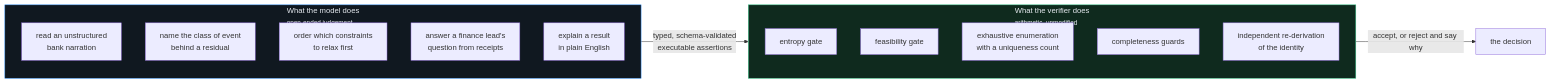
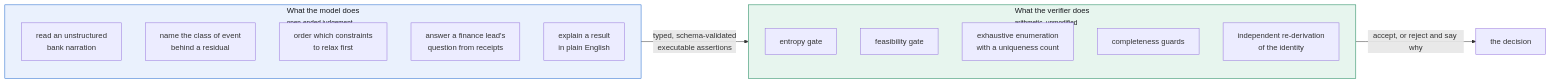
One commit to Rishi0507/Manhattan changed the second of 6 diagrams in README.md. Above: the diagram before and after it, drawn with Mermaid. The commit also changed other lines of this file and 13 other files, not shown here.

````diff
--- a/README.md
+++ b/README.md
@@ -151,26 +151,26 @@
 ```mermaid
 flowchart LR
     subgraph M["What the model does<br/><small>open-ended judgement</small>"]
         direction TB
         M1["read an unstructured<br/>bank narration"]
         M2["name the class of event<br/>behind a residual"]
         M3["order which constraints<br/>to relax first"]
         M4["answer a finance lead's<br/>question from receipts"]
         M5["explain a result<br/>in plain English"]
     end
 
     subgraph V["What the verifier does<br/><small>arithmetic, unmodified</small>"]
         direction TB
         V1["entropy gate"]
         V2["feasibility gate"]
         V3["exhaustive enumeration<br/>with a uniqueness count"]
         V4["completeness guards"]
         V5["independent re-derivation<br/>of the identity"]
     end
 
     M -->|"typed, schema-validated<br/>executable assertions"| V
     V -->|"accept, or reject and say why"| OUT["the decision"]
 
-    style M fill:#101820,stroke:#3395ff,color:#e6eaf0
-    style V fill:#0f2a1e,stroke:#35c88a,color:#e6eaf0
+    style M fill:#eaf1fd,stroke:#1461cc,color:#16181d
+    style V fill:#e7f5ee,stroke:#0a7d4e,color:#16181d
 ```
````
